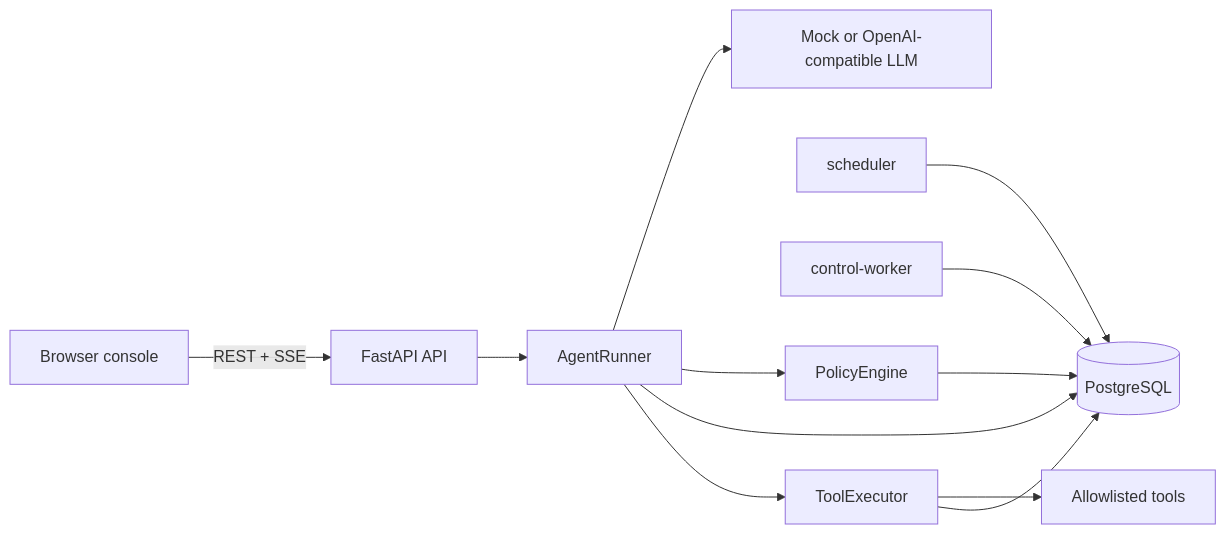
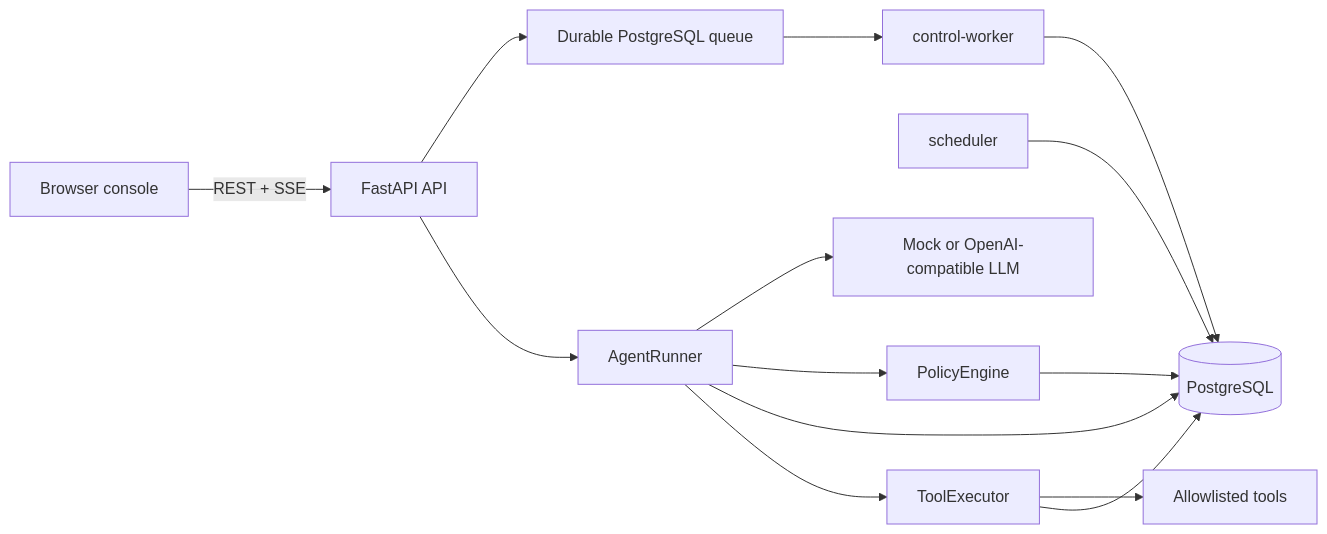
The first of 4 diagrams in docs/architecture.md (Caser-86/agentgate-control-plane), drawn with Mermaid before and after one commit. The commit also changed other lines of this file and 11 other files, not shown here.

````diff
--- a/docs/architecture.md
+++ b/docs/architecture.md
@@ -7,25 +7,27 @@
 ```mermaid
 flowchart LR
     Browser[Browser console]
     API[FastAPI API]
     Runner[AgentRunner]
     Policy[PolicyEngine]
     DB[(PostgreSQL)]
     Scheduler[scheduler]
     ControlWorker[control-worker]
     Executor[ToolExecutor]
     Tools[Allowlisted tools]
     LLM[Mock or OpenAI-compatible LLM]
 
     Browser -->|REST + SSE| API
+    API --> Queue[Durable PostgreSQL queue]
+    Queue --> ControlWorker
     API --> Runner
     Runner --> LLM
     Runner --> Policy
     Policy --> DB
     Runner --> DB
     Runner --> Executor
     Executor --> Tools
     Executor --> DB
     Scheduler --> DB
     ControlWorker --> DB
 ```
````
